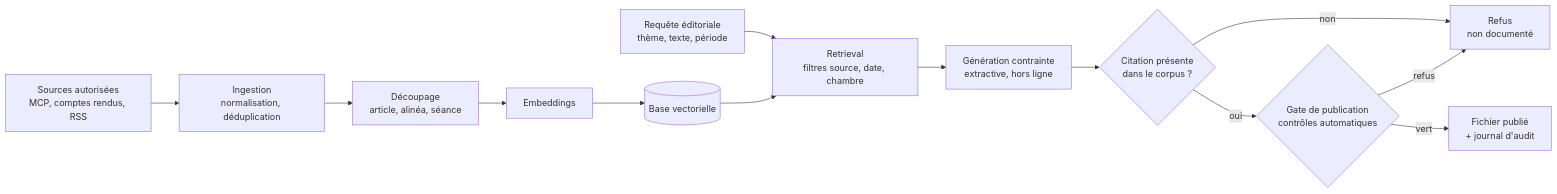
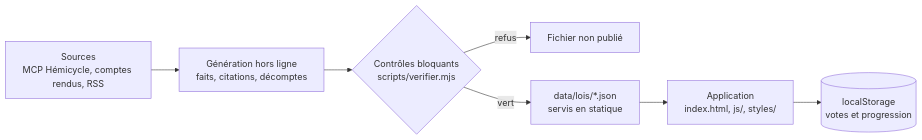
The diagram in README.md (SierraHotel75/quorum), drawn with Mermaid before and after one commit. The commit also changed other lines of this file and 2 other files, not shown here.

````diff
--- a/README.md
+++ b/README.md
@@ -332,15 +106,9 @@
 ```mermaid
 flowchart LR
-  S["Sources autorisées<br/>MCP, comptes rendus, RSS"] --> ING["Ingestion<br/>normalisation, déduplication"]
-  ING --> CH["Découpage<br/>article, alinéa, séance"]
-  CH --> EMB["Embeddings"]
-  EMB --> VDB[("Base vectorielle")]
-  Q["Requête éditoriale<br/>thème, texte, période"] --> RET["Retrieval<br/>filtres source, date, chambre"]
-  VDB --> RET
-  RET --> GEN["Génération contrainte<br/>extractive, hors ligne"]
-  GEN --> CIT{"Citation présente<br/>dans le corpus ?"}
-  CIT -- non --> REF["Refus<br/>non documenté"]
-  CIT -- oui --> GATE{"Gate de publication<br/>contrôles automatiques"}
-  GATE -- refus --> REF
-  GATE -- vert --> PUB["Fichier publié<br/>+ journal d'audit"]
+  S["Sources<br/>MCP Hémicycle, comptes rendus, RSS"] --> G["Génération hors ligne<br/>faits, citations, décomptes"]
+  G --> C{"Contrôles bloquants<br/>scripts/verifier.mjs"}
+  C -- refus --> X["Fichier non publié"]
+  C -- vert --> J["data/lois/*.json<br/>servis en statique"]
+  J --> A["Application<br/>index.html, js/, styles/"]
+  A --> L[("localStorage<br/>votes et progression")]
 ```
````
